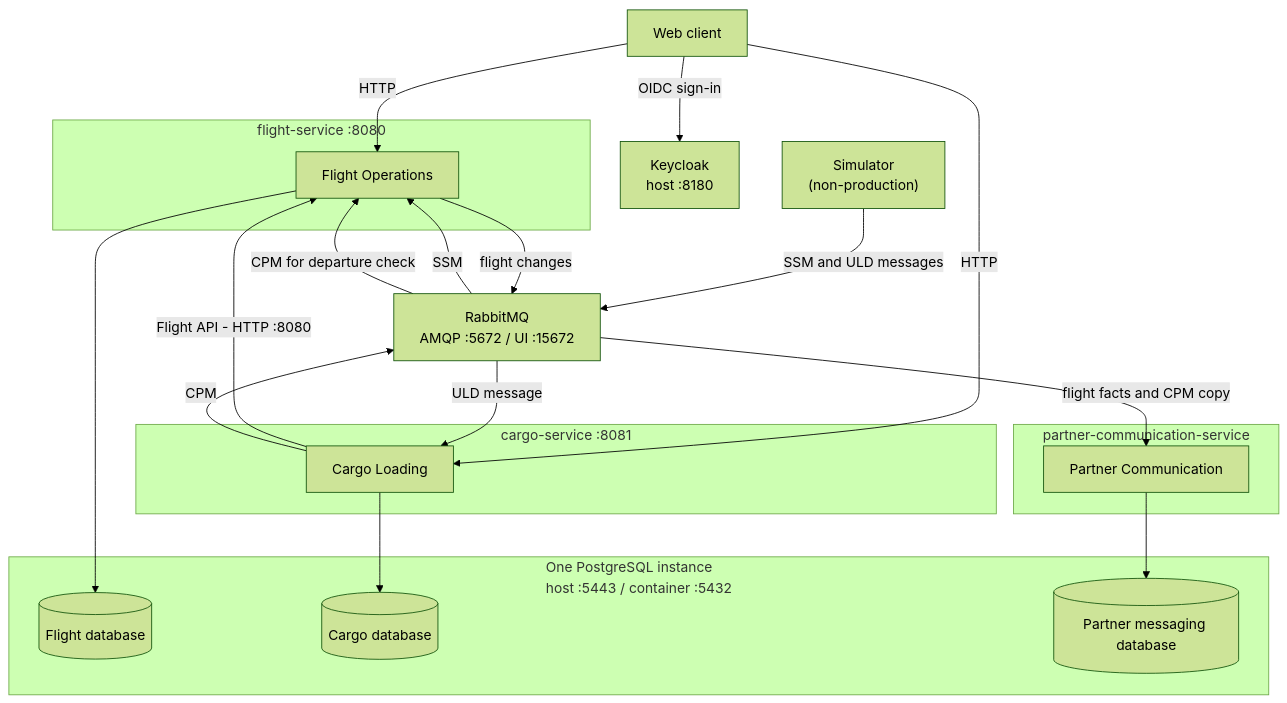
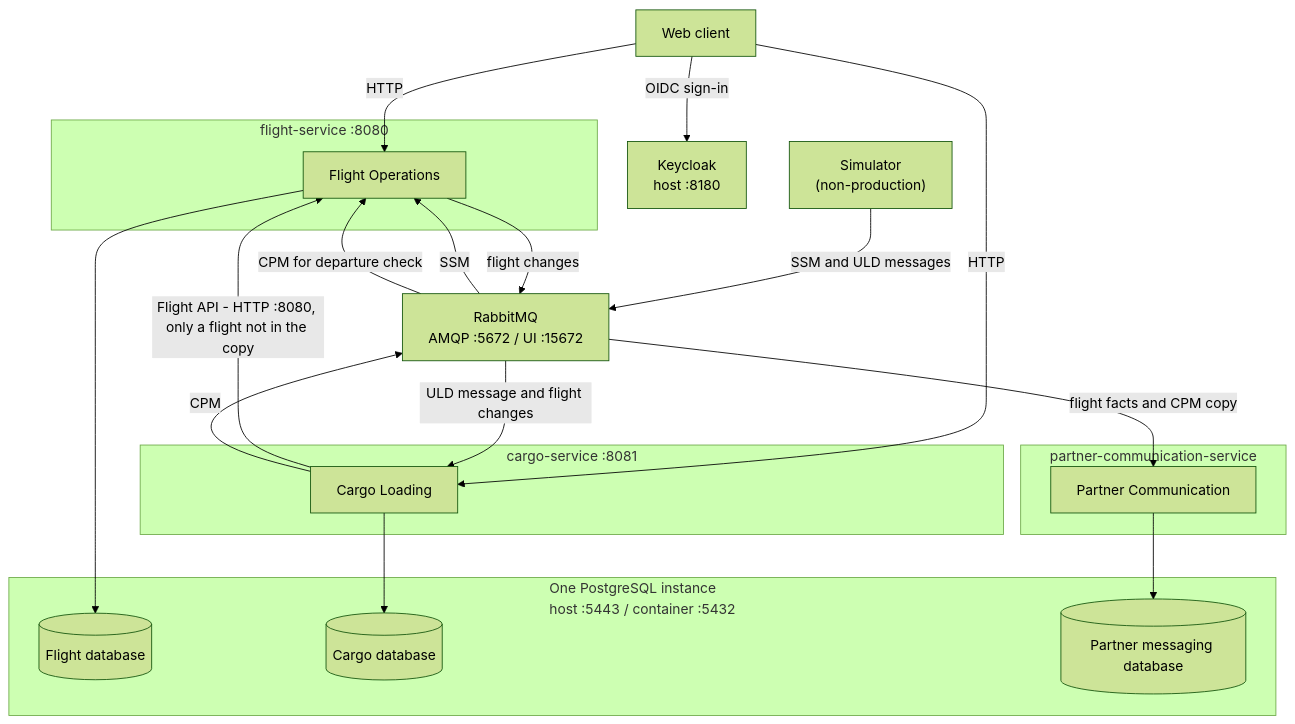
Before and after one commit to ebhd/air-freight-operations: the third of 9 diagrams in architecture/analyse.md, drawn with Mermaid (forest theme). The commit also changed other lines of this file and 1 other file, not shown here.

Commit message:
Document Flight's events to Cargo in the analysis and README (#14)

````diff
--- a/architecture/analyse.md
+++ b/architecture/analyse.md
@@ -104,34 +105,34 @@
 ```mermaid
 flowchart TB
     Client["Web client"] -->|HTTP| F
     Client -->|HTTP| C
     Client -->|OIDC sign-in| IAM["Keycloak<br/>host :8180"]
 
     subgraph FS["flight-service :8080"]
         F["Flight Operations"]
     end
     subgraph CS["cargo-service :8081"]
         C["Cargo Loading"]
     end
     subgraph PS["partner-communication-service"]
         P["Partner Communication"]
     end
     subgraph PG["One PostgreSQL instance<br/>host :5443 / container :5432"]
         FDB[("Flight database")]
         CDB[("Cargo database")]
         PDB[("Partner messaging database")]
     end
 
     F --> FDB
     C --> CDB
     P --> PDB
-    C -->|Flight API - HTTP :8080| F
+    C -->|Flight API - HTTP :8080, only a flight not in the copy| F
 
     Sim["Simulator<br/>(non-production)"] -->|SSM and ULD messages| MQ["RabbitMQ<br/>AMQP :5672 / UI :15672"]
     MQ -->|SSM| F
-    MQ -->|ULD message| C
+    MQ -->|ULD message and flight changes| C
     F -->|flight changes| MQ
     C -->|CPM| MQ
     MQ -->|flight facts and CPM copy| P
     MQ -->|CPM for departure check| F
 ```
````
